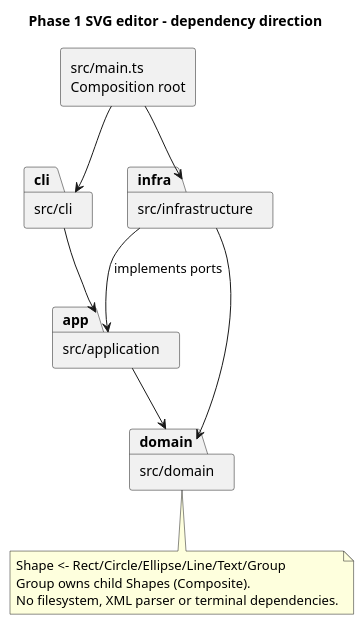
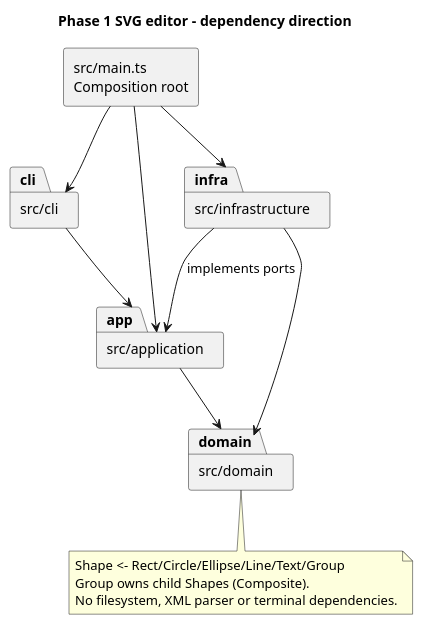
Before and after one commit to lazyy11/svg-editor-phase1: the diagram in doc/architecture.puml, drawn with PlantUML. The commit also changed 6 other files, not shown here.

Commit message:
docs: deliver architecture report and reproducible validation evidence

```diff
--- a/doc/architecture.puml
+++ b/doc/architecture.puml
@@ -1,20 +1,21 @@
 @startuml
 title Phase 1 SVG editor - dependency direction
 skinparam componentStyle rectangle
 package "src/cli" as cli
 package "src/application" as app
 package "src/domain" as domain
 package "src/infrastructure" as infra
 component "src/main.ts\nComposition root" as main
 main --> cli
 main --> infra
+main --> app
 cli --> app
 app --> domain
 infra --> app : implements ports
 infra --> domain
 note bottom of domain
 Shape <- Rect/Circle/Ellipse/Line/Text/Group
 Group owns child Shapes (Composite).
 No filesystem, XML parser or terminal dependencies.
 end note
 @enduml
```
